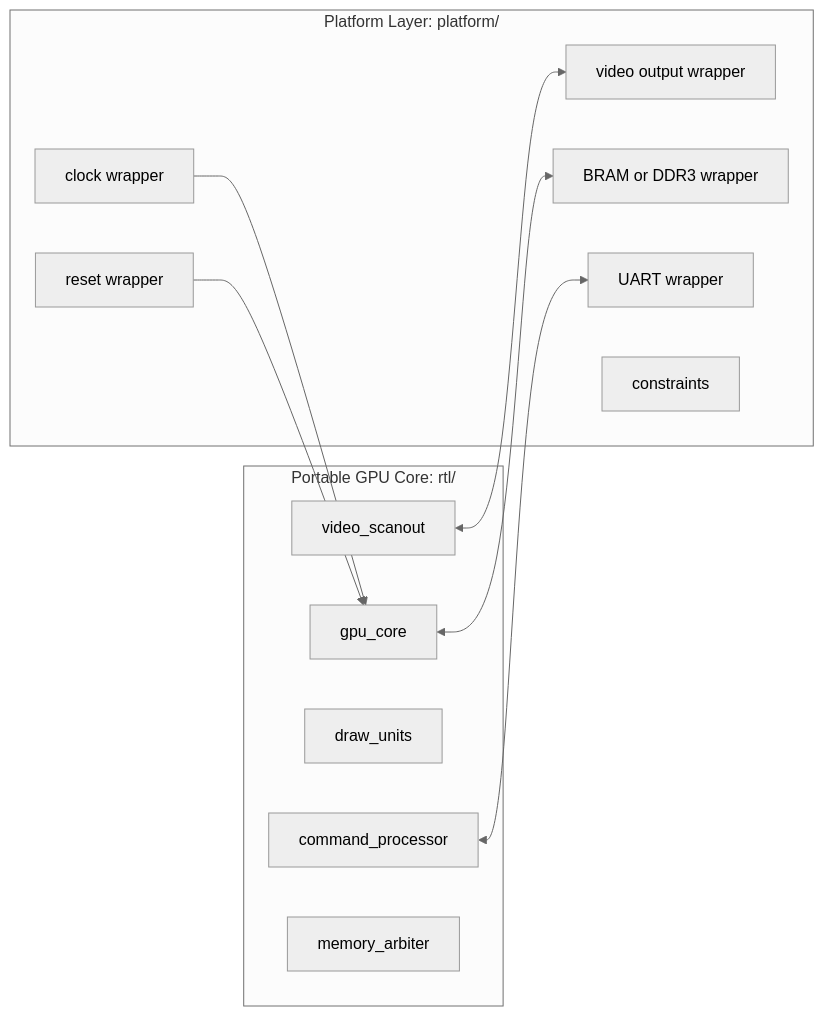
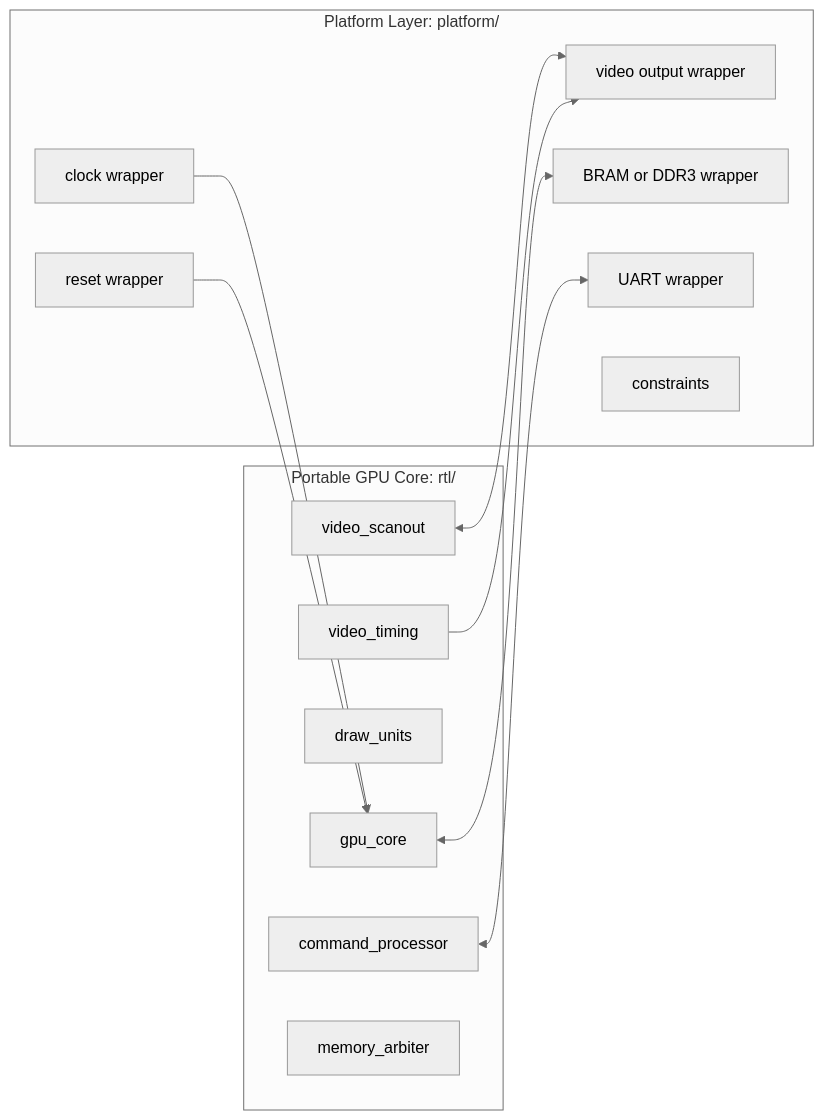
One commit to amanpdesai/baby-gpu changed the diagram in docs/architecture/design_boundaries.md. Above: the diagram before and after it, drawn with Mermaid (neutral theme). The commit also changed 10 other files, not shown here.

Commit message:
rtl: add portable video timing

````diff
--- a/docs/architecture/design_boundaries.md
+++ b/docs/architecture/design_boundaries.md
@@ -8,25 +8,27 @@
 ```mermaid
 flowchart LR
   subgraph Portable["Portable GPU Core: rtl/"]
     Core[gpu_core]
     Cmd[command_processor]
     Draw[draw_units]
     Scan[video_scanout]
+    Timing[video_timing]
     Arb[memory_arbiter]
   end
 
   subgraph Platform["Platform Layer: platform/"]
     Clk[clock wrapper]
     Rst[reset wrapper]
     Vid[video output wrapper]
     Mem[BRAM or DDR3 wrapper]
     Uart[UART wrapper]
     Pins[constraints]
   end
 
   Core <--> Mem
   Scan <--> Vid
+  Timing --> Vid
   Cmd <--> Uart
   Clk --> Core
   Rst --> Core
 ```
````
